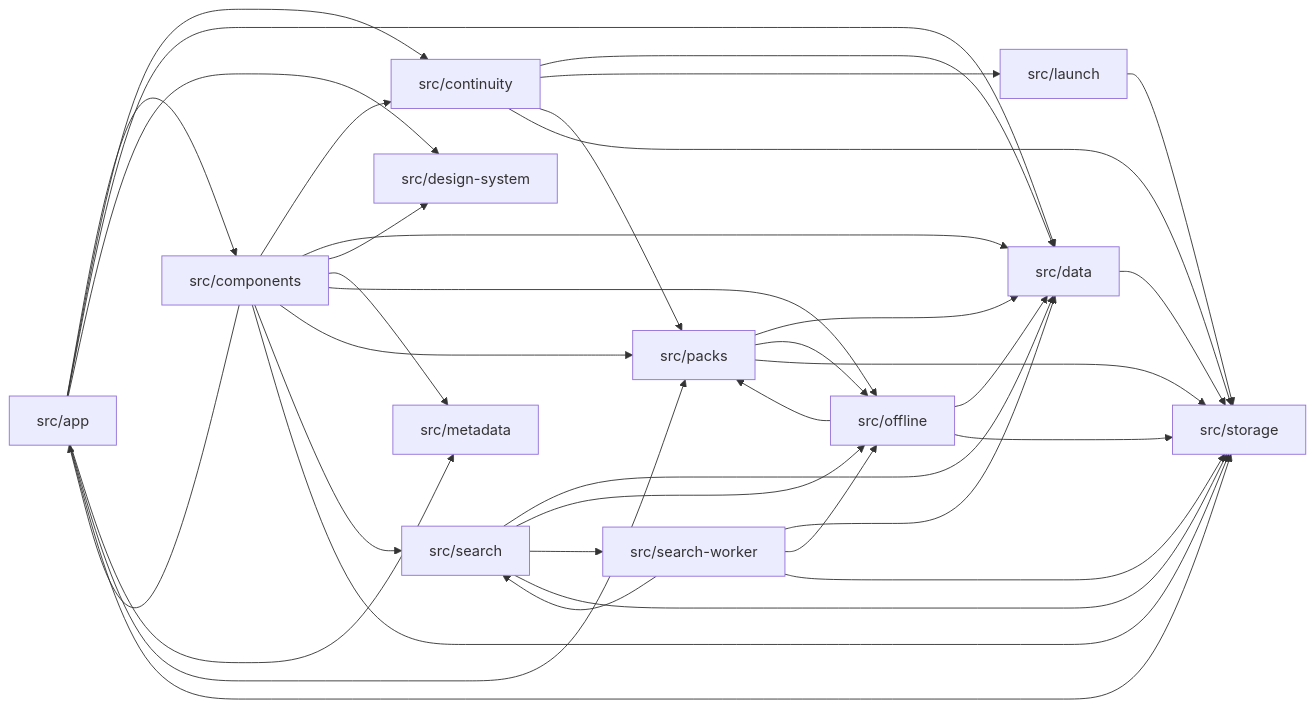
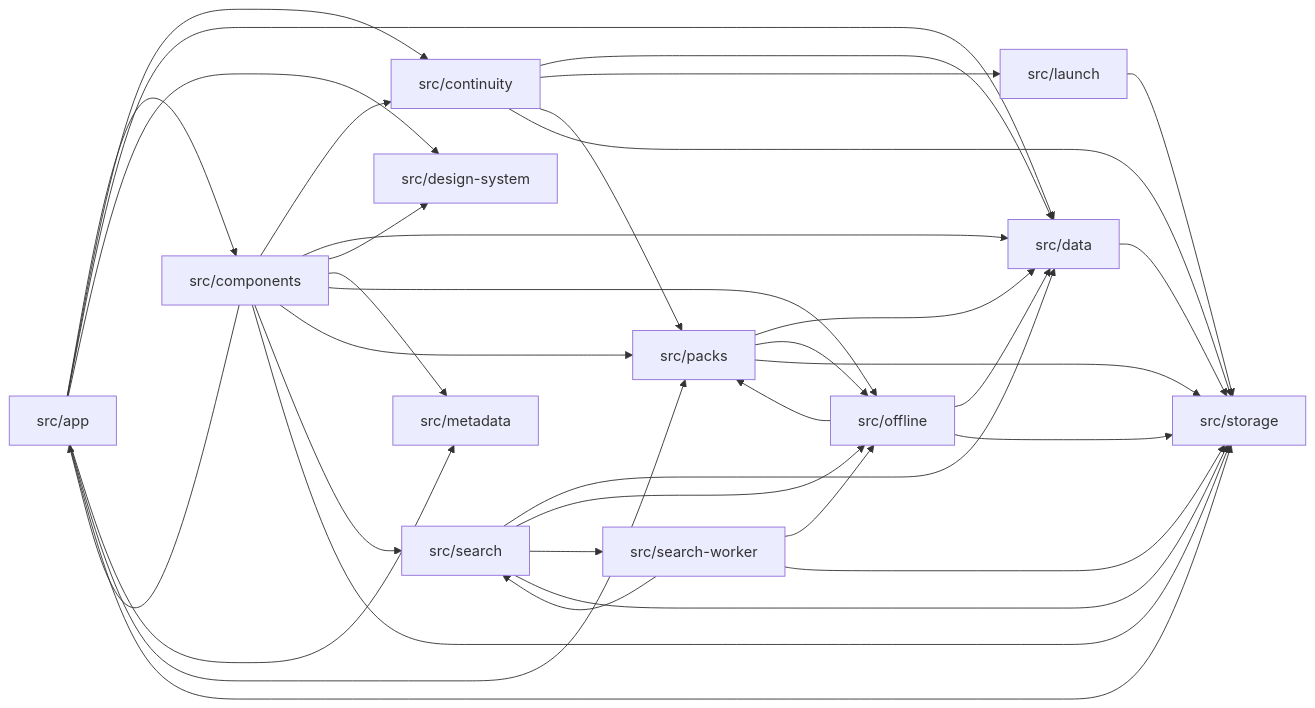
One commit to Omar-MD/QuranAtlas changed the diagram in docs/context/module-graph.md. Above: the diagram before and after it, drawn with Mermaid. The commit also changed other lines of this file and 166 other files, not shown here.

````diff
--- a/docs/context/module-graph.md
+++ b/docs/context/module-graph.md
@@ -10,51 +10,50 @@
 ```mermaid
 graph LR
   src_app["src/app"]
   src_components["src/components"]
   src_continuity["src/continuity"]
   src_data["src/data"]
   src_design_system["src/design-system"]
   src_launch["src/launch"]
   src_metadata["src/metadata"]
   src_offline["src/offline"]
   src_packs["src/packs"]
   src_search["src/search"]
   src_search_worker["src/search-worker"]
   src_storage["src/storage"]
   src_app --> src_components
   src_app --> src_continuity
   src_app --> src_data
   src_app --> src_design_system
   src_app --> src_metadata
   src_app --> src_packs
   src_app --> src_storage
   src_components --> src_app
   src_components --> src_continuity
   src_components --> src_data
   src_components --> src_design_system
   src_components --> src_metadata
   src_components --> src_offline
   src_components --> src_packs
   src_components --> src_search
   src_components --> src_storage
   src_continuity --> src_data
   src_continuity --> src_launch
   src_continuity --> src_packs
   src_continuity --> src_storage
   src_data --> src_storage
   src_launch --> src_storage
   src_offline --> src_data
   src_offline --> src_packs
   src_offline --> src_storage
   src_packs --> src_data
   src_packs --> src_offline
   src_packs --> src_storage
   src_search --> src_data
   src_search --> src_offline
   src_search --> src_search_worker
   src_search --> src_storage
-  src_search_worker --> src_data
   src_search_worker --> src_offline
   src_search_worker --> src_search
   src_search_worker --> src_storage
 ```
````
